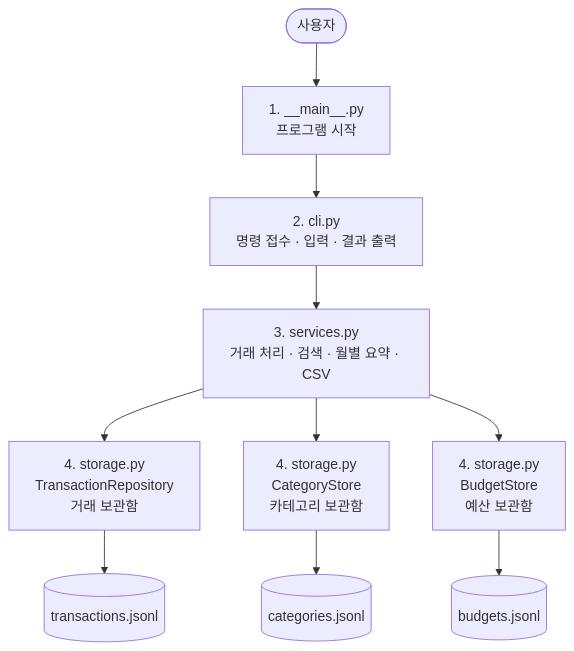
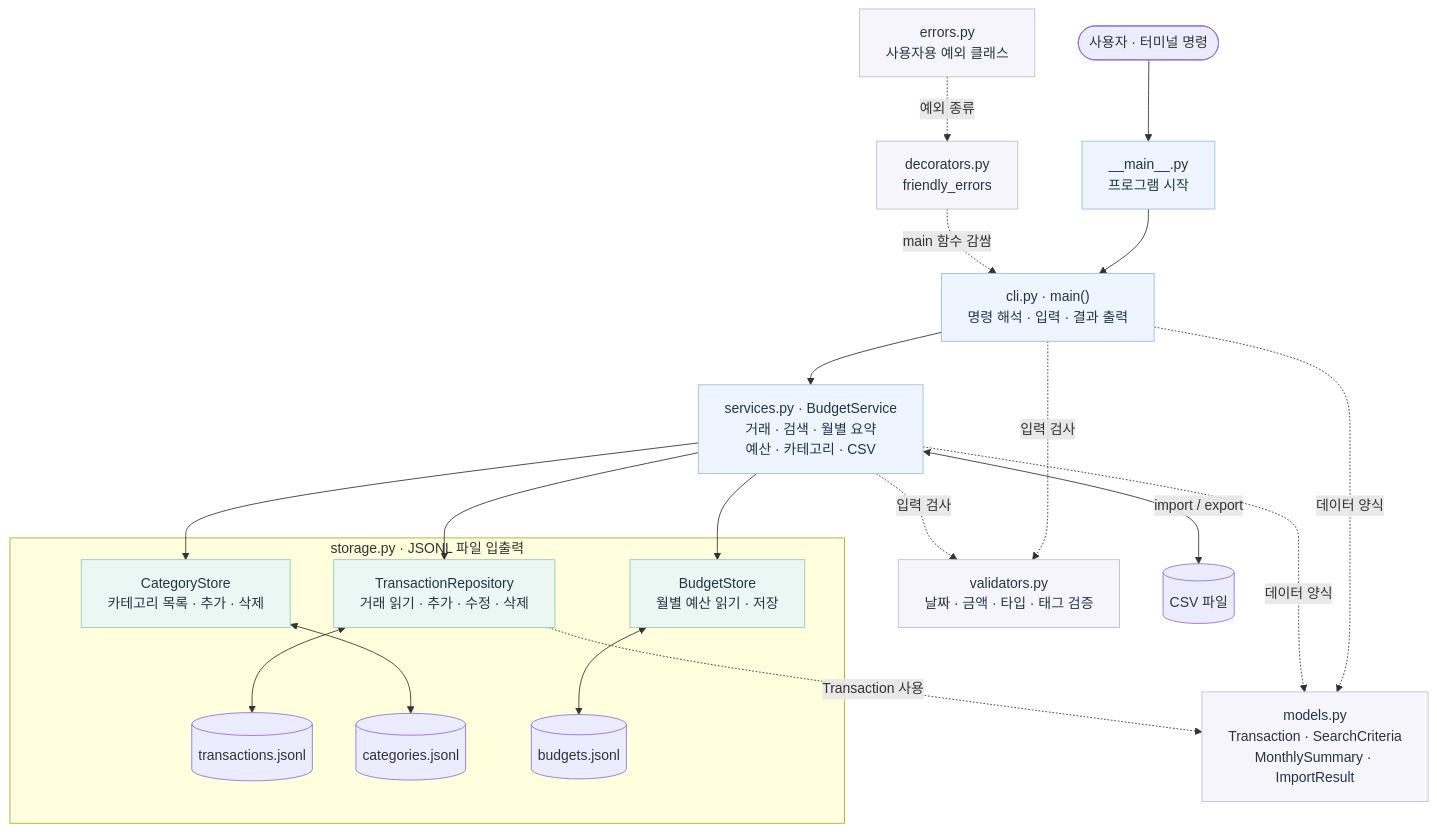
Before and after one commit to tjdgns6427-ops/mission2-1: the diagram in README.md, drawn with Mermaid. The commit also changed other lines of this file and 3 other files, not shown here.

Commit message:
Document complete architecture with readable diagram

````diff
--- a/README.md
+++ b/README.md
@@ -57,14 +70,34 @@
 ```mermaid
 flowchart TB
-    USER([사용자]) --> MAIN["1. __main__.py<br/>프로그램 시작"]
-    MAIN --> CLI["2. cli.py<br/>명령 접수 · 입력 · 결과 출력"]
-    CLI --> SERVICE["3. services.py<br/>거래 처리 · 검색 · 월별 요약 · CSV"]
+    USER([사용자 · 터미널 명령]) --> MAIN["__main__.py<br/>프로그램 시작"]
+    MAIN --> CLI["cli.py · main()<br/>명령 해석 · 입력 · 결과 출력"]
+    CLI --> SERVICE["services.py · BudgetService<br/>거래 · 검색 · 월별 요약<br/>예산 · 카테고리 · CSV"]
 
-    SERVICE --> TRANSACTION_STORE["4. storage.py<br/>TransactionRepository<br/>거래 보관함"]
-    SERVICE --> CATEGORY_STORE["4. storage.py<br/>CategoryStore<br/>카테고리 보관함"]
-    SERVICE --> BUDGET_STORE["4. storage.py<br/>BudgetStore<br/>예산 보관함"]
+    ERRORS["errors.py<br/>사용자용 예외 클래스"] -. 예외 종류 .-> DECORATOR["decorators.py<br/>friendly_errors"]
+    DECORATOR -. main 함수 감쌈 .-> CLI
+    CLI -. 입력 검사 .-> VALIDATORS["validators.py<br/>날짜 · 금액 · 타입 · 태그 검증"]
+    SERVICE -. 입력 검사 .-> VALIDATORS
+    CLI -. 데이터 양식 .-> MODELS["models.py<br/>Transaction · SearchCriteria<br/>MonthlySummary · ImportResult"]
+    SERVICE -. 데이터 양식 .-> MODELS
+    SERVICE <-->|import / export| CSV[(CSV 파일)]
 
-    TRANSACTION_STORE --> TRANSACTIONS[("transactions.jsonl")]
-    CATEGORY_STORE --> CATEGORIES[("categories.jsonl")]
-    BUDGET_STORE --> BUDGETS[("budgets.jsonl")]
+    subgraph STORAGE["storage.py · JSONL 파일 입출력"]
+        TX["TransactionRepository<br/>거래 읽기 · 추가 · 수정 · 삭제"]
+        CAT["CategoryStore<br/>카테고리 목록 · 추가 · 삭제"]
+        BUD["BudgetStore<br/>월별 예산 읽기 · 저장"]
+        TX <--> TXFILE[(transactions.jsonl)]
+        CAT <--> CATFILE[(categories.jsonl)]
+        BUD <--> BUDFILE[(budgets.jsonl)]
+    end
+    SERVICE --> TX
+    SERVICE --> CAT
+    SERVICE --> BUD
+    TX -. Transaction 사용 .-> MODELS
+
+    classDef primary fill:#eef5ff,stroke:#9dbce1,color:#213547;
+    classDef helper fill:#f7f5fc,stroke:#c3bbd5,color:#213547;
+    classDef store fill:#eaf7f2,stroke:#99c9b8,color:#213547;
+    class MAIN,CLI,SERVICE primary;
+    class ERRORS,DECORATOR,VALIDATORS,MODELS helper;
+    class TX,CAT,BUD store;
 ```
````
